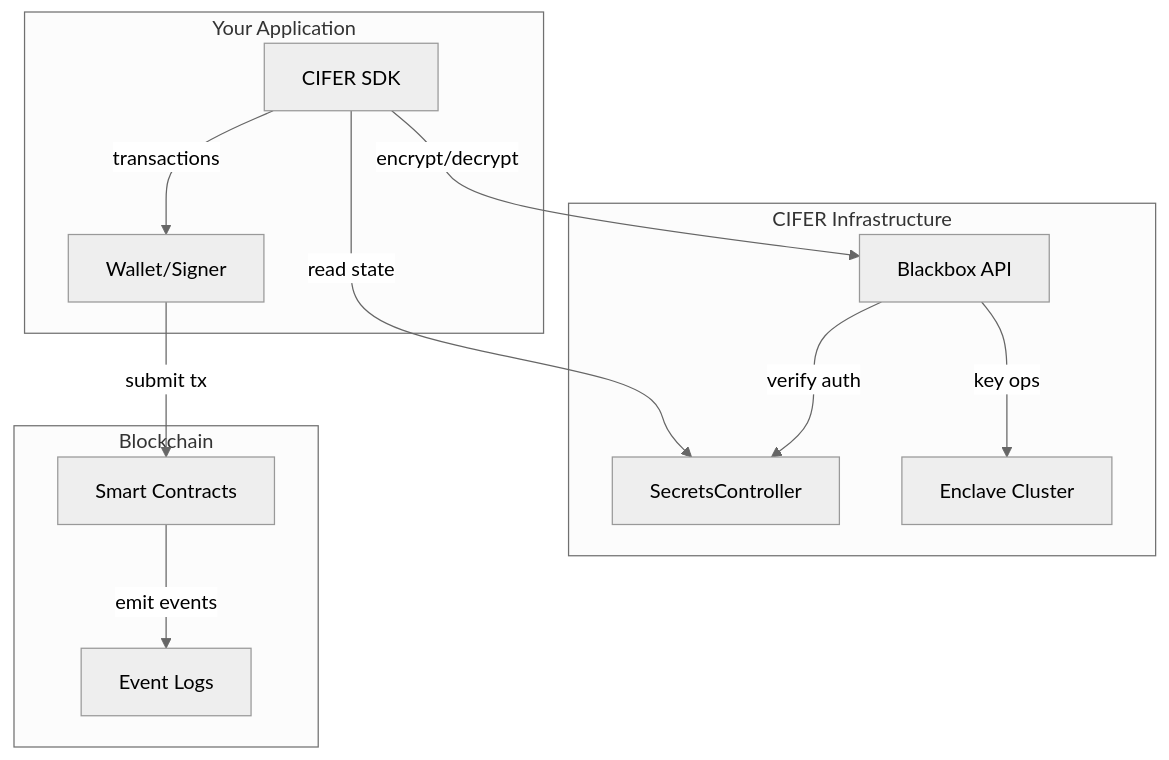
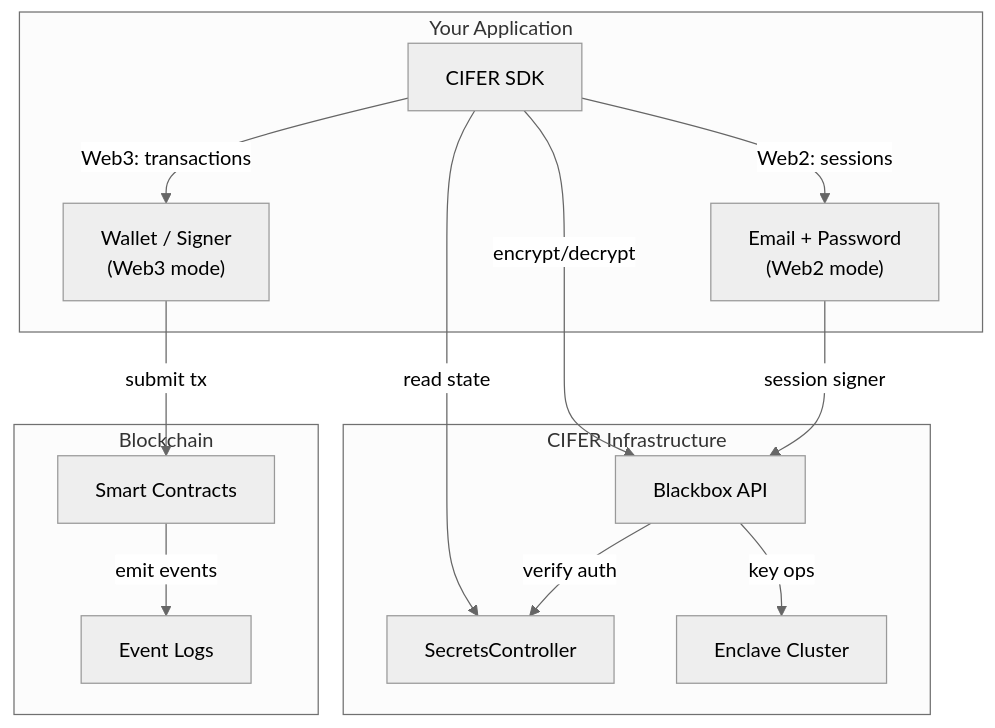
One commit to cifer-security/CIFER-sdk changed the diagram in docs-site/docs/intro.md. Above: the diagram before and after it, drawn with Mermaid (neutral theme). The commit also changed other lines of this file and 32 other files, not shown here.

````diff
--- a/docs-site/docs/intro.md
+++ b/docs-site/docs/intro.md
@@ -39,26 +58,29 @@
 ```mermaid
 graph TB
     subgraph app [Your Application]
         SDK[CIFER SDK]
-        Wallet[Wallet/Signer]
+        Wallet["Wallet / Signer\n(Web3 mode)"]
+        Web2Auth["Email + Password\n(Web2 mode)"]
     end
     
     subgraph cifer [CIFER Infrastructure]
         Blackbox[Blackbox API]
         Controller[SecretsController]
         Enclave[Enclave Cluster]
     end
     
     subgraph chain [Blockchain]
         SC[Smart Contracts]
         Logs[Event Logs]
     end
     
     SDK --> |encrypt/decrypt| Blackbox
     SDK --> |read state| Controller
-    SDK --> |transactions| Wallet
+    SDK --> |"Web3: transactions"| Wallet
+    SDK --> |"Web2: sessions"| Web2Auth
+    Web2Auth --> |session signer| Blackbox
     Wallet --> |submit tx| SC
     Blackbox --> |verify auth| Controller
     Blackbox --> |key ops| Enclave
     SC --> |emit events| Logs
 ```
````
